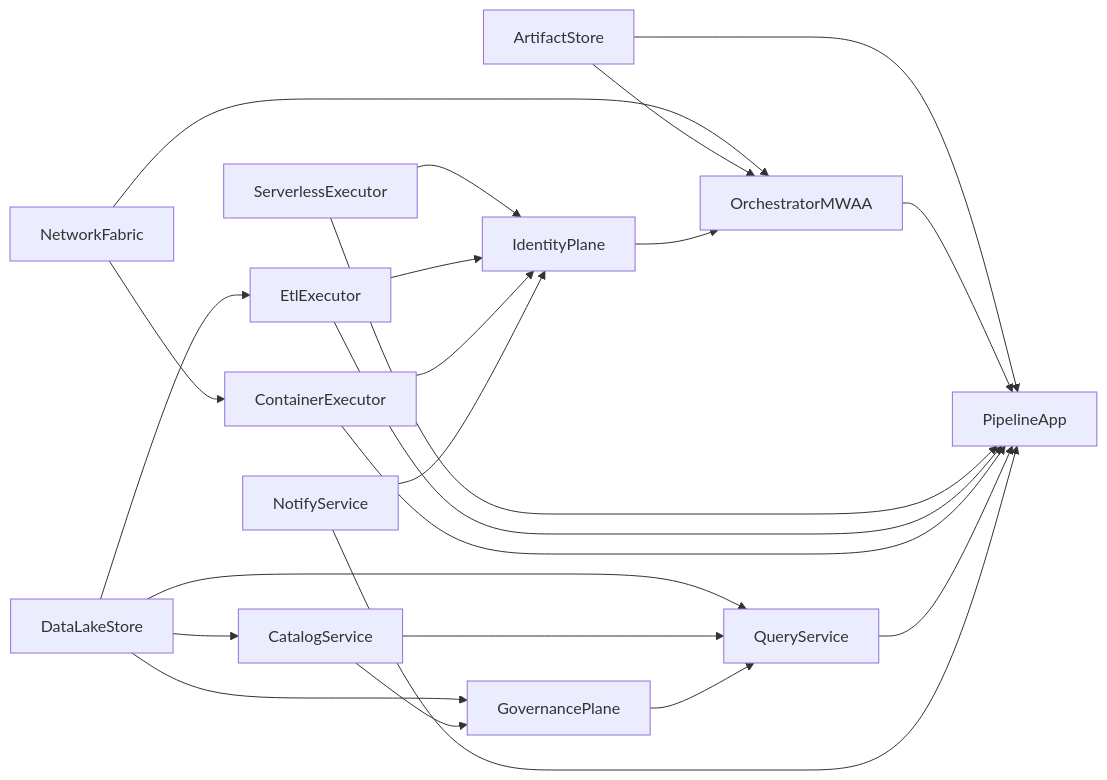
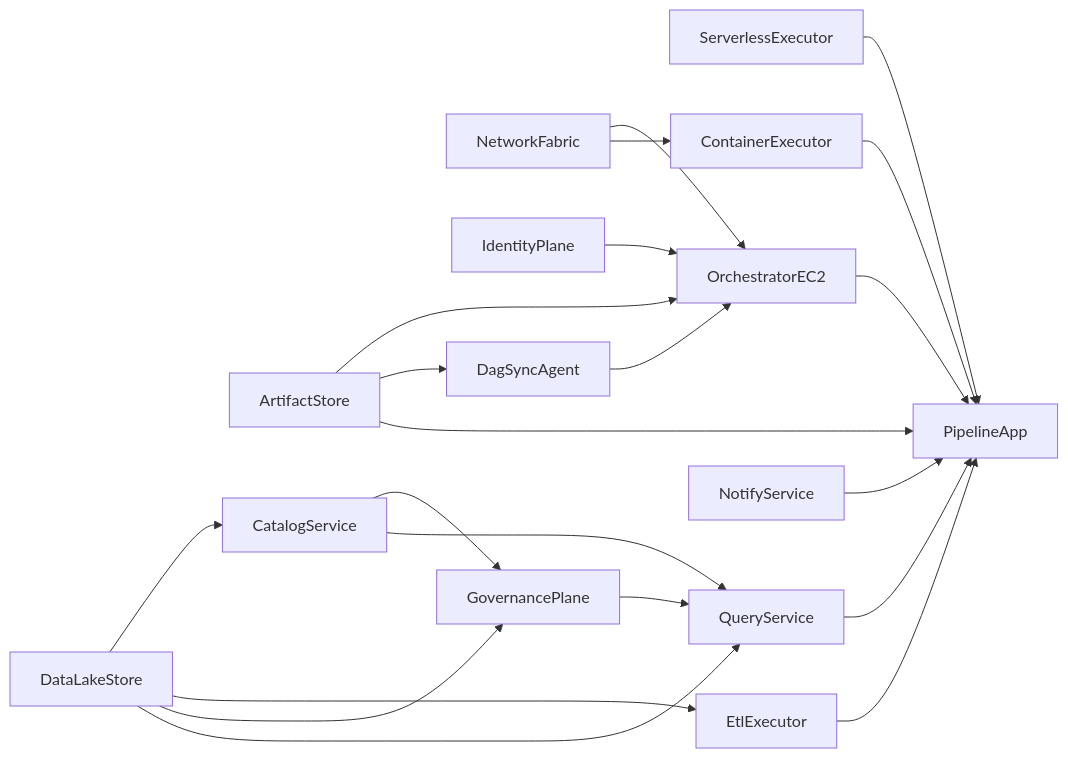
Before and after one commit to welligtoncos/ia-dlc-mwaa: the diagram in aidlc-docs/inception/application-design/component-dependency.md, drawn with Mermaid. The commit also changed other lines of this file and 84 other files, not shown here.

````diff
--- a/aidlc-docs/inception/application-design/component-dependency.md
+++ b/aidlc-docs/inception/application-design/component-dependency.md
@@ -37,39 +42,38 @@
 ```mermaid
 flowchart LR
   NF[NetworkFabric]
   AS[ArtifactStore]
   DL[DataLakeStore]
   IP[IdentityPlane]
   SE[ServerlessExecutor]
   EE[EtlExecutor]
   CS[CatalogService]
   CE[ContainerExecutor]
   GP[GovernancePlane]
   QS[QueryService]
   NS[NotifyService]
-  MW[OrchestratorMWAA]
+  EC2[OrchestratorEC2]
+  DS[DagSyncAgent]
   PA[PipelineApp]
 
-  NF --> MW
+  NF --> EC2
   NF --> CE
-  AS --> MW
+  AS --> EC2
+  AS --> DS
+  DS --> EC2
   AS --> PA
   DL --> CS
   DL --> EE
   DL --> GP
   DL --> QS
   CS --> GP
   CS --> QS
   GP --> QS
-  SE --> IP
-  EE --> IP
-  CE --> IP
-  NS --> IP
-  IP --> MW
-  MW --> PA
+  IP --> EC2
+  EC2 --> PA
   SE --> PA
   EE --> PA
   CE --> PA
   QS --> PA
   NS --> PA
 ```
````
